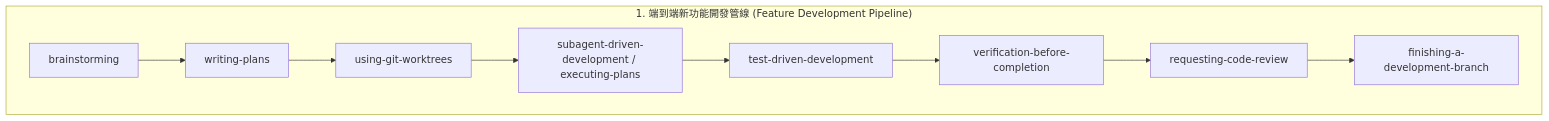
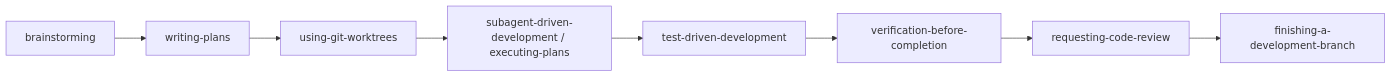
One commit to Poseidoncode/superpowers-mcp changed the first of 4 diagrams in docs/skill-compositions.zh-TW.md. Above: the diagram before and after it, drawn with Mermaid. The commit also changed other lines of this file and 7 other files, not shown here.

First line of the commit message:
docs(workflows): standardize 4-pipeline layouts and complete diagrams across multi-lingual docs

````diff
--- a/docs/skill-compositions.zh-TW.md
+++ b/docs/skill-compositions.zh-TW.md
@@ -26,12 +29,10 @@
 ```mermaid
-flowchart TD
-    subgraph FeaturePipeline["1. 端到端新功能開發管線 (Feature Development Pipeline)"]
-        F1[brainstorming] --> F2[writing-plans]
-        F2 --> F3[using-git-worktrees]
-        F3 --> F4[subagent-driven-development / executing-plans]
-        F4 --> F5[test-driven-development]
-        F5 --> F6[verification-before-completion]
-        F6 --> F7[requesting-code-review]
-        F7 --> F8[finishing-a-development-branch]
-    end
+flowchart LR
+    F1[brainstorming] --> F2[writing-plans]
+    F2 --> F3[using-git-worktrees]
+    F3 --> F4[subagent-driven-development / executing-plans]
+    F4 --> F5[test-driven-development]
+    F5 --> F6[verification-before-completion]
+    F6 --> F7[requesting-code-review]
+    F7 --> F8[finishing-a-development-branch]
 ```
````
